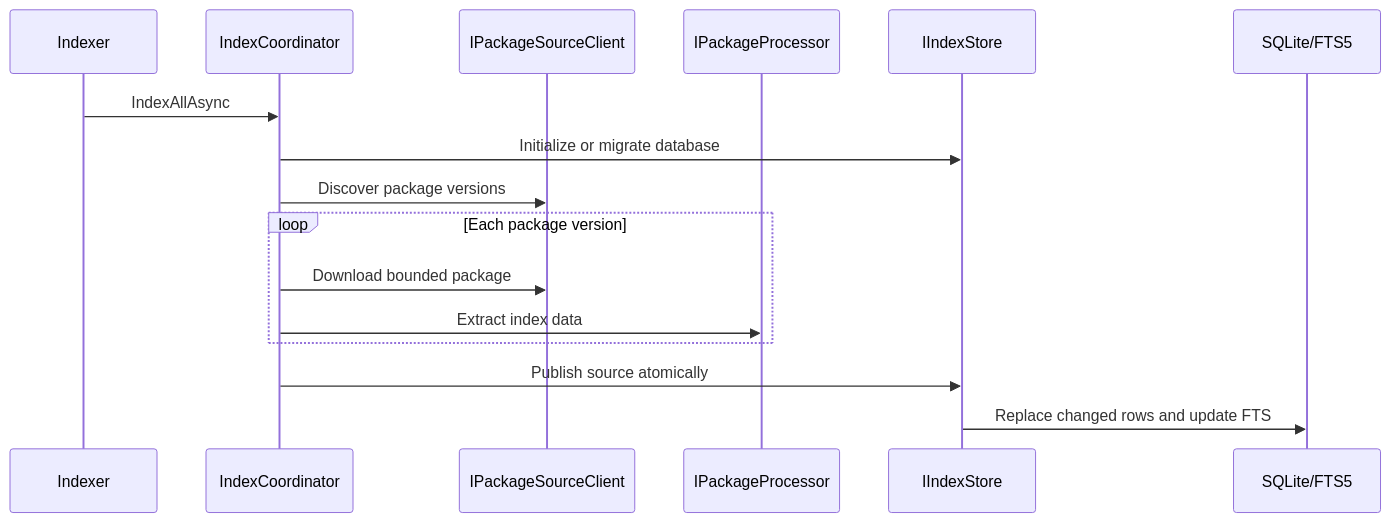
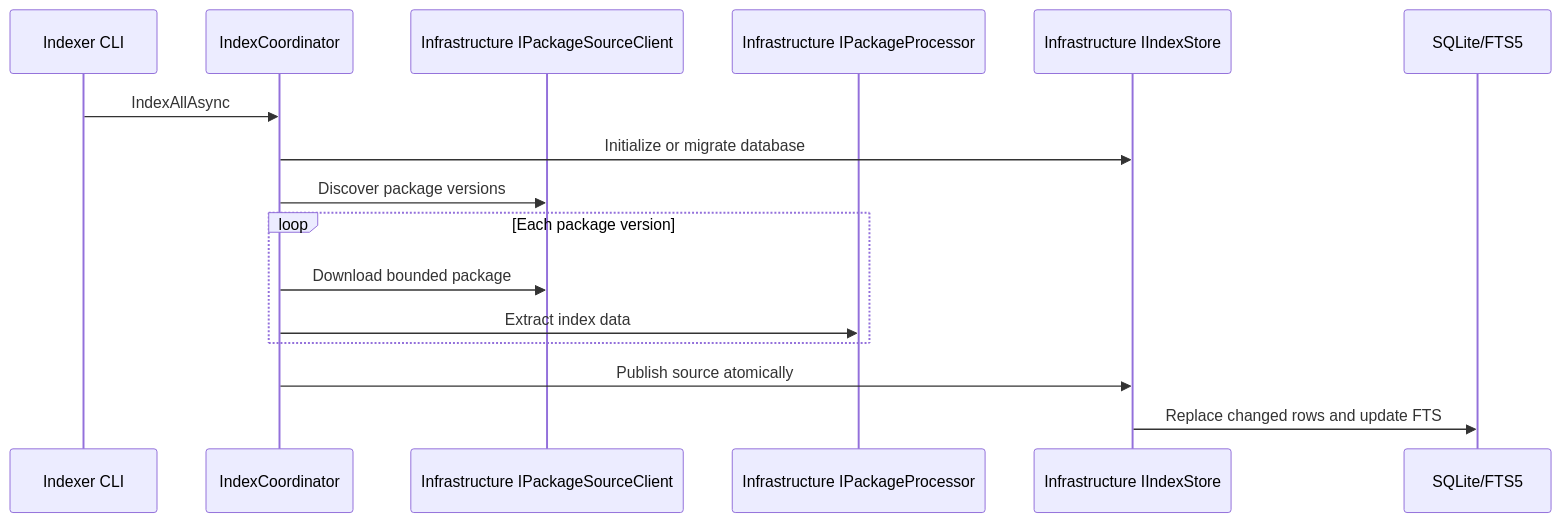
The second of 3 diagrams in design/architecture.md (sbuyevich/mcp-doc-server), drawn with Mermaid before and after one commit. The commit also changed other lines of this file and 79 other files, not shown here.

````diff
--- a/design/architecture.md
+++ b/design/architecture.md
@@ -103,19 +116,19 @@
 ```mermaid
 sequenceDiagram
-    participant Indexer
+    participant CLI as Indexer CLI
     participant Coordinator as IndexCoordinator
-    participant Source as IPackageSourceClient
-    participant Processor as IPackageProcessor
-    participant Store as IIndexStore
+    participant Source as Infrastructure IPackageSourceClient
+    participant Processor as Infrastructure IPackageProcessor
+    participant Store as Infrastructure IIndexStore
     participant DB as SQLite/FTS5
 
-    Indexer->>Coordinator: IndexAllAsync
+    CLI->>Coordinator: IndexAllAsync
     Coordinator->>Store: Initialize or migrate database
     Coordinator->>Source: Discover package versions
     loop Each package version
         Coordinator->>Source: Download bounded package
         Coordinator->>Processor: Extract index data
     end
     Coordinator->>Store: Publish source atomically
     Store->>DB: Replace changed rows and update FTS
 ```
````
